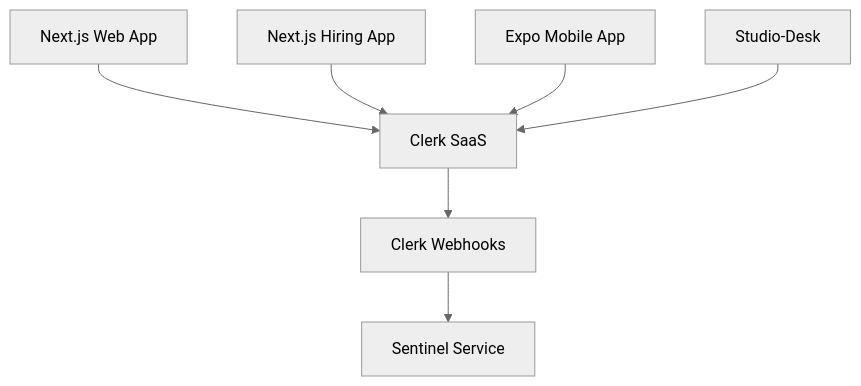
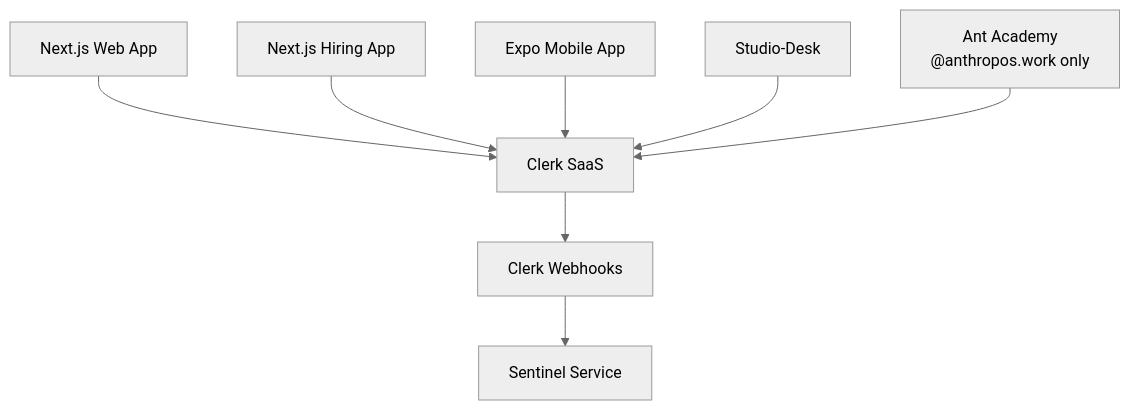
The first of 3 diagrams in corpus/architecture/external_services.md (anthropos-work/rosetta), drawn with Mermaid (neutral theme) before and after one commit. The commit also changed other lines of this file and 12 other files, not shown here.

First line of the commit message:
docs(corpus): document Ant Academy across guides and skills

````diff
--- a/corpus/architecture/external_services.md
+++ b/corpus/architecture/external_services.md
@@ -42,17 +42,19 @@
 ```mermaid
 graph TB
     Clerk[Clerk SaaS]
     
     Web[Next.js Web App]
     Hiring[Next.js Hiring App]
     Mobile[Expo Mobile App]
     Desk[Studio-Desk]
+    Academy[Ant Academy<br/>@anthropos.work only]
     
     Web --> Clerk
     Hiring --> Clerk
     Mobile --> Clerk
     Desk --> Clerk
+    Academy --> Clerk
     
     Clerk --> Webhook[Clerk Webhooks]
     Webhook --> Sentinel[Sentinel Service]
 ```
````
